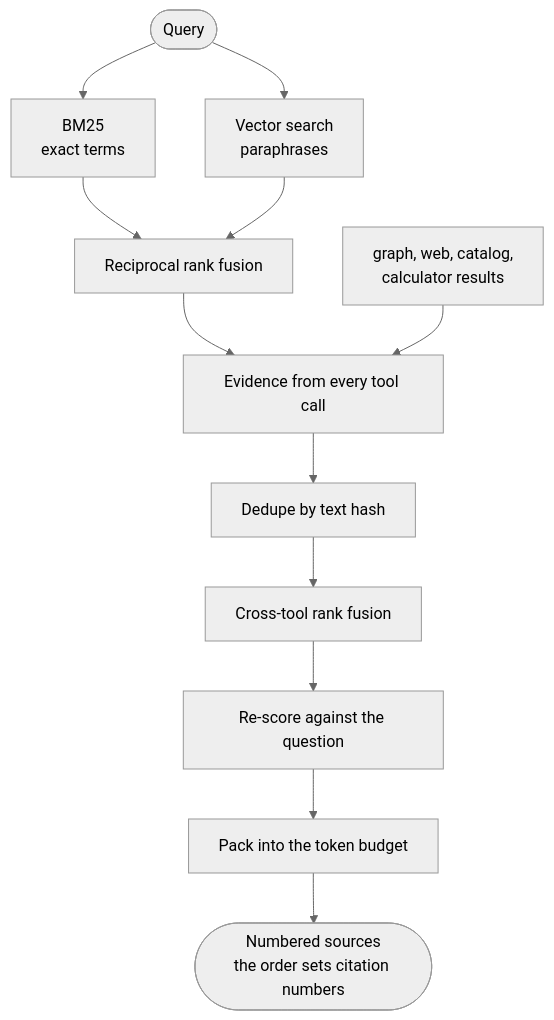
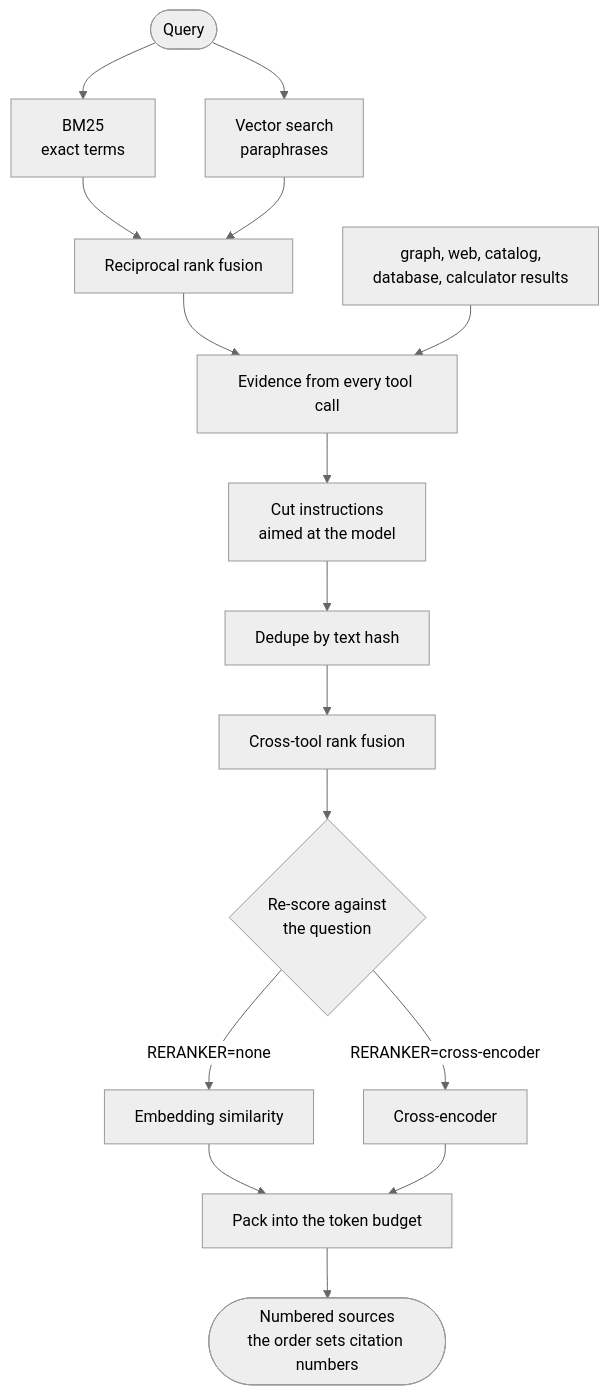
One commit to asadaslam556/agentic-rag-assistant changed the sixth of 13 diagrams in docs/architecture.md. Above: the diagram before and after it, drawn with Mermaid (neutral theme). The commit also changed other lines of this file and 51 other files, not shown here.

First line of the commit message:
Add text-to-SQL, cross-encoder reranking, and prompt-injection filtering

````diff
--- a/docs/architecture.md
+++ b/docs/architecture.md
@@ -143,14 +145,18 @@
 ```mermaid
 flowchart TD
     Q(["Query"]) --> BM["BM25<br/>exact terms"]
     Q --> VEC["Vector search<br/>paraphrases"]
     BM --> RRF["Reciprocal rank fusion"]
     VEC --> RRF
     RRF --> EV["Evidence from every tool call"]
-    OTHER["graph, web, catalog,<br/>calculator results"] --> EV
-    EV --> DD["Dedupe by text hash"]
+    OTHER["graph, web, catalog,<br/>database, calculator results"] --> EV
+    EV --> INJ["Cut instructions<br/>aimed at the model"]
+    INJ --> DD["Dedupe by text hash"]
     DD --> FUSE["Cross-tool rank fusion"]
-    FUSE --> RS["Re-score against the question"]
-    RS --> PACK["Pack into the token budget"]
+    FUSE --> RS{"Re-score against<br/>the question"}
+    RS -->|RERANKER=none| BI["Embedding similarity"]
+    RS -->|RERANKER=cross-encoder| CE["Cross-encoder"]
+    BI --> PACK["Pack into the token budget"]
+    CE --> PACK
     PACK --> SRC(["Numbered sources<br/>the order sets citation numbers"])
 ```
````
